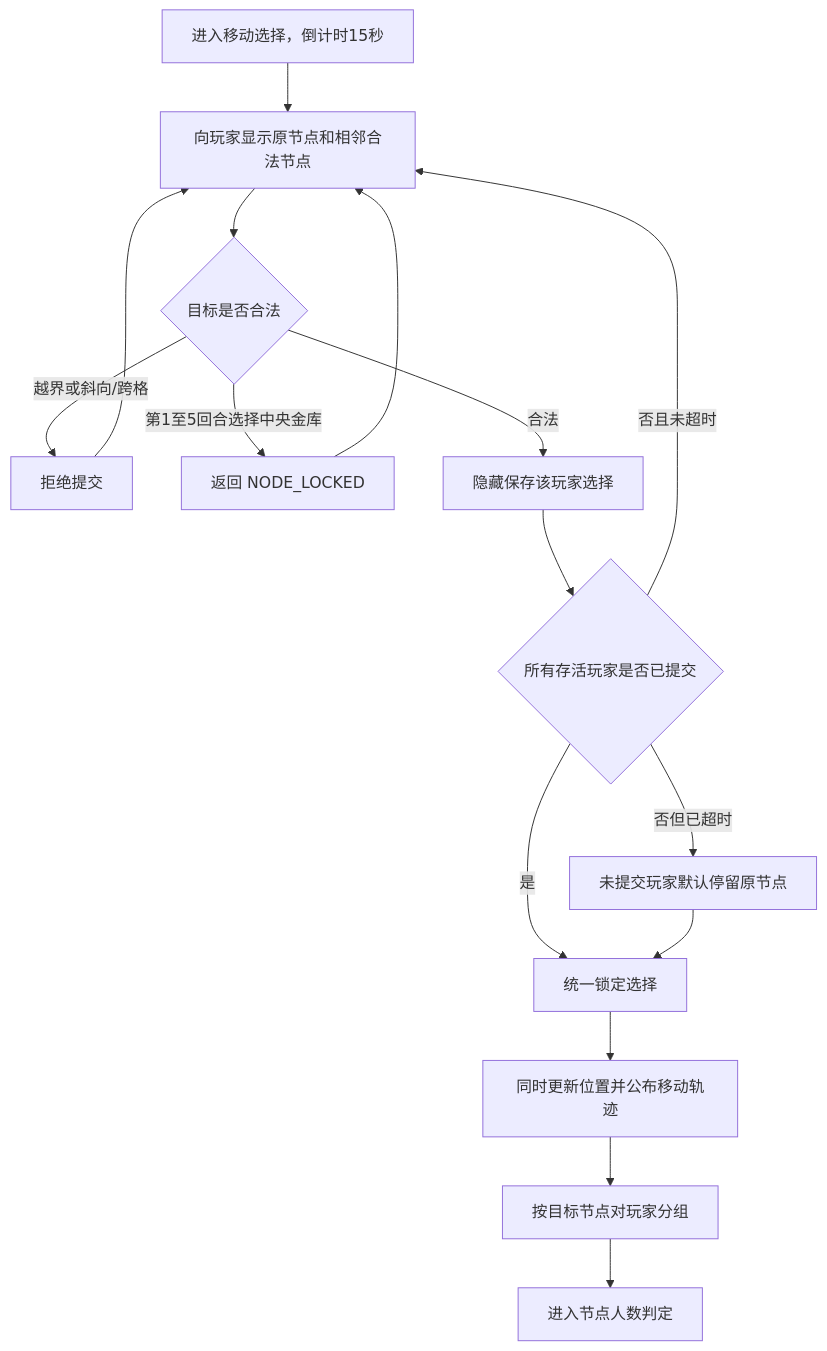
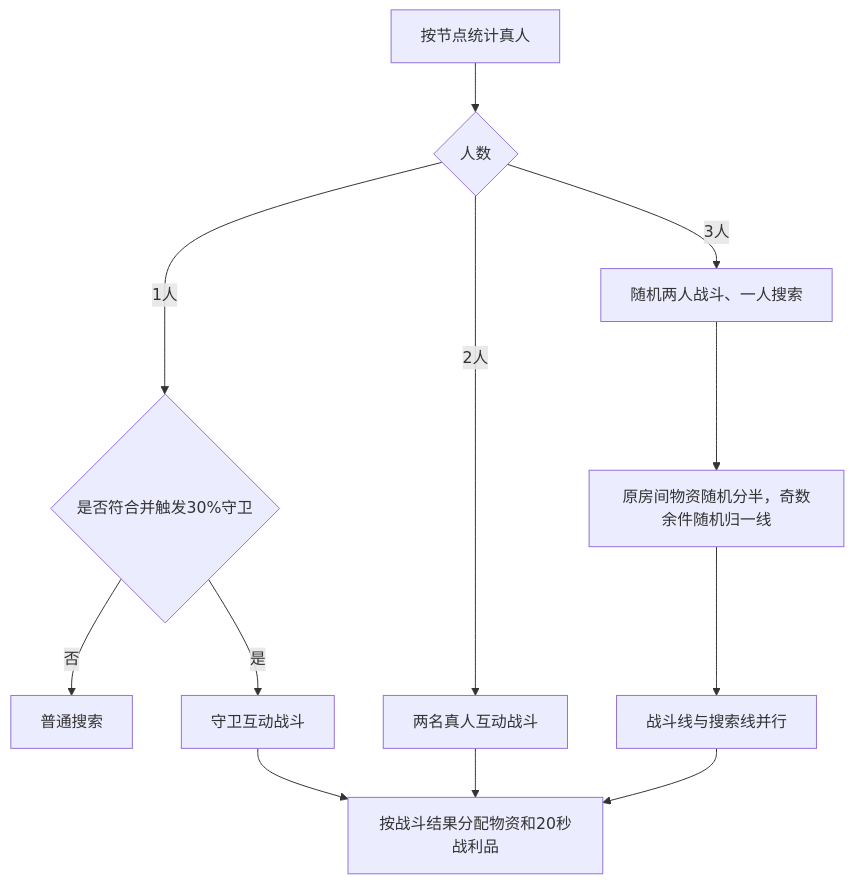
One commit to Yeungsam/heisino-game changed the fifth of 6 diagrams in docs/游戏产品流程图.md. Above: the diagram before and after it, drawn with Mermaid. The commit also changed other lines of this file and 19 other files, not shown here.

````diff
--- a/docs/游戏产品流程图.md
+++ b/docs/游戏产品流程图.md
@@ -227,16 +185,14 @@
 ```mermaid
 flowchart TD
-    A["进入移动选择，倒计时15秒"] --> B["向玩家显示原节点和相邻合法节点"]
-    B --> C{"目标是否合法"}
-    C -- "越界或斜向/跨格" --> D["拒绝提交"] --> B
-    C -- "第1至5回合选择中央金库" --> E["返回 NODE_LOCKED"] --> B
-    C -- "合法" --> F["隐藏保存该玩家选择"]
-    F --> G{"所有存活玩家是否已提交"}
-    G -- "否且未超时" --> B
-    G -- "否但已超时" --> H["未提交玩家默认停留原节点"]
-    G -- "是" --> I["统一锁定选择"]
-    H --> I
-    I --> J["同时更新位置并公布移动轨迹"]
-    J --> K["按目标节点对玩家分组"]
-    K --> L["进入节点人数判定"]
+    A["按节点统计真人"] --> B{"人数"}
+    B -- "1人" --> C{"是否符合并触发30%守卫"}
+    C -- "否" --> D["普通搜索"]
+    C -- "是" --> E["守卫互动战斗"]
+    B -- "2人" --> F["两名真人互动战斗"]
+    B -- "3人" --> G["随机两人战斗、一人搜索"]
+    G --> H["原房间物资随机分半，奇数余件随机归一线"]
+    H --> I["战斗线与搜索线并行"]
+    E --> J["按战斗结果分配物资和20秒战利品"]
+    F --> J
+    I --> J
 ```
````
